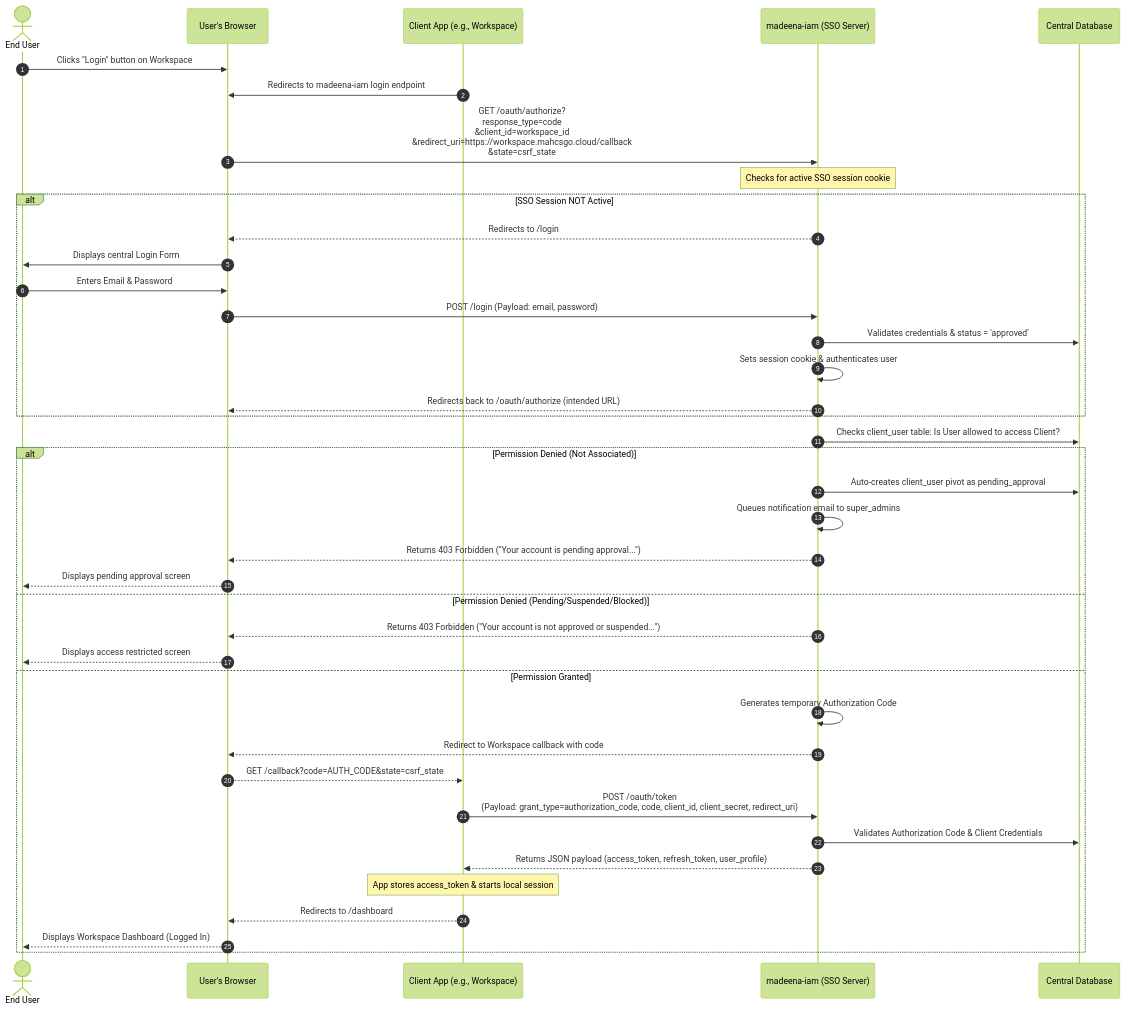
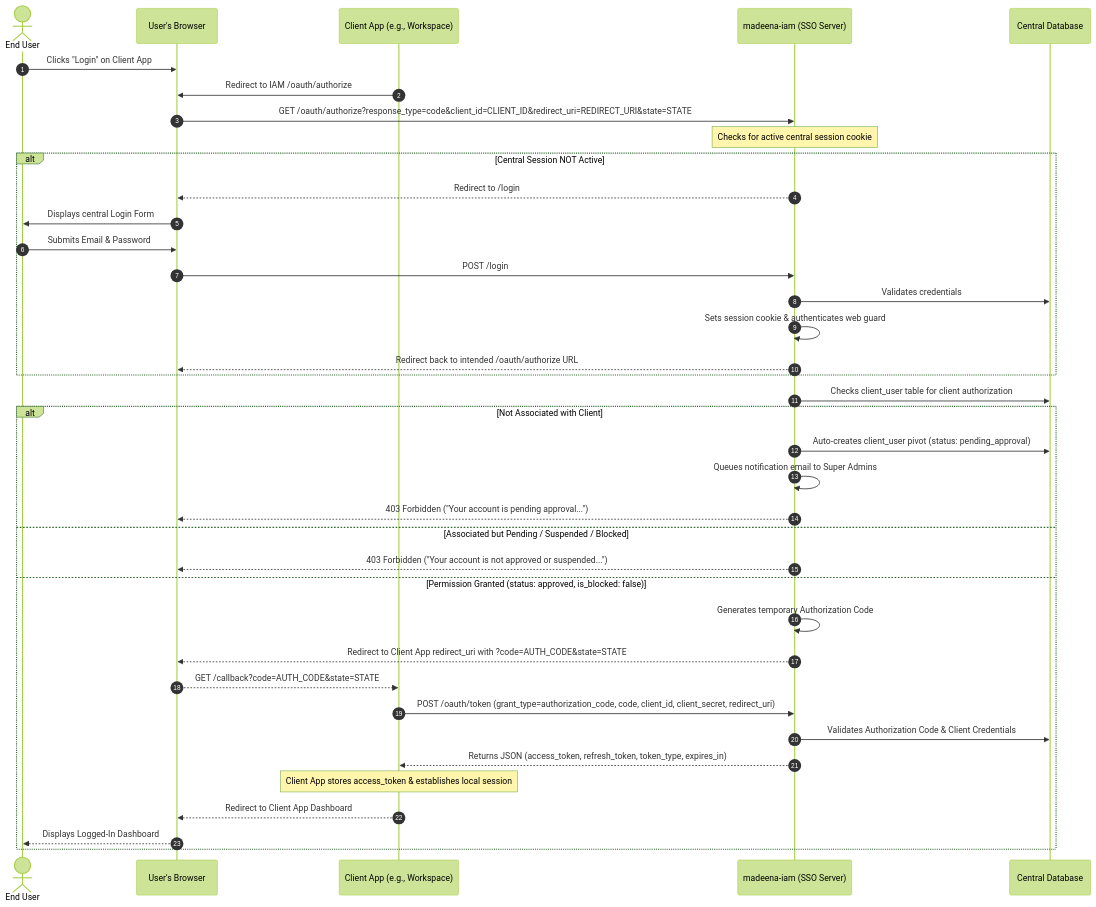
Before and after one commit to Madeena-software/madeena-iam: the first of 4 diagrams in docs/madeena_iam_prd.md, drawn with Mermaid (forest theme). The commit also changed other lines of this file and 3 other files, not shown here.

Commit message:
docs: reconcile product, repository, and production architecture

````diff
--- a/docs/madeena_iam_prd.md
+++ b/docs/madeena_iam_prd.md
@@ -123,49 +172,47 @@
 ```mermaid
 sequenceDiagram
     autonumber
     actor User as End User
     participant Browser as User's Browser
     participant App as Client App (e.g., Workspace)
     participant IAM as madeena-iam (SSO Server)
     participant DB as Central Database
 
-    User->>Browser: Clicks "Login" button on Workspace
-    App->>Browser: Redirects to madeena-iam login endpoint
-    Browser->>IAM: GET /oauth/authorize?<br>response_type=code<br>&client_id=workspace_id<br>&redirect_uri=https://workspace.mahcsgo.cloud/callback<br>&state=csrf_state
+    User->>Browser: Clicks "Login" on Client App
+    App->>Browser: Redirect to IAM /oauth/authorize
+    Browser->>IAM: GET /oauth/authorize?response_type=code&client_id=CLIENT_ID&redirect_uri=REDIRECT_URI&state=STATE
     
-    Note over IAM: Checks for active SSO session cookie
+    Note over IAM: Checks for active central session cookie
     
-    alt SSO Session NOT Active
-        IAM-->>Browser: Redirects to /login
+    alt Central Session NOT Active
+        IAM-->>Browser: Redirect to /login
         Browser->>User: Displays central Login Form
-        User->>Browser: Enters Email & Password
-        Browser->>IAM: POST /login (Payload: email, password)
-        IAM->>DB: Validates credentials & status = 'approved'
-        IAM->>IAM: Sets session cookie & authenticates user
-        IAM-->>Browser: Redirects back to /oauth/authorize (intended URL)
+        User->>Browser: Submits Email & Password
+        Browser->>IAM: POST /login
+        IAM->>DB: Validates credentials
+        IAM->>IAM: Sets session cookie & authenticates web guard
+        IAM-->>Browser: Redirect back to intended /oauth/authorize URL
     end
 
-    IAM->>DB: Checks client_user table: Is User allowed to access Client?
+    IAM->>DB: Checks client_user table for client authorization
     
-    alt Permission Denied (Not Associated)
-        IAM->>DB: Auto-creates client_user pivot as pending_approval
-        IAM->>IAM: Queues notification email to super_admins
-        IAM-->>Browser: Returns 403 Forbidden ("Your account is pending approval...")
-        Browser-->>User: Displays pending approval screen
-    else Permission Denied (Pending/Suspended/Blocked)
-        IAM-->>Browser: Returns 403 Forbidden ("Your account is not approved or suspended...")
-        Browser-->>User: Displays access restricted screen
-    else Permission Granted
+    alt Not Associated with Client
+        IAM->>DB: Auto-creates client_user pivot (status: pending_approval)
+        IAM->>IAM: Queues notification email to Super Admins
+        IAM-->>Browser: 403 Forbidden ("Your account is pending approval...")
+    else Associated but Pending / Suspended / Blocked
+        IAM-->>Browser: 403 Forbidden ("Your account is not approved or suspended...")
+    else Permission Granted (status: approved, is_blocked: false)
         IAM->>IAM: Generates temporary Authorization Code
-        IAM-->>Browser: Redirect to Workspace callback with code
-        Browser-->>App: GET /callback?code=AUTH_CODE&state=csrf_state
+        IAM-->>Browser: Redirect to Client App redirect_uri with ?code=AUTH_CODE&state=STATE
+        Browser-->>App: GET /callback?code=AUTH_CODE&state=STATE
         
-        %% Back-channel Token Exchange
-        App->>IAM: POST /oauth/token<br>(Payload: grant_type=authorization_code, code, client_id, client_secret, redirect_uri)
+        %% Token Exchange
+        App->>IAM: POST /oauth/token (grant_type=authorization_code, code, client_id, client_secret, redirect_uri)
         IAM->>DB: Validates Authorization Code & Client Credentials
-        IAM-->>App: Returns JSON payload (access_token, refresh_token, user_profile)
-        Note over App: App stores access_token & starts local session
-        App-->>Browser: Redirects to /dashboard
-        Browser-->>User: Displays Workspace Dashboard (Logged In)
+        IAM-->>App: Returns JSON (access_token, refresh_token, token_type, expires_in)
+        Note over App: Client App stores access_token & establishes local session
+        App-->>Browser: Redirect to Client App Dashboard
+        Browser-->>User: Displays Logged-In Dashboard
     end
 ```
````
